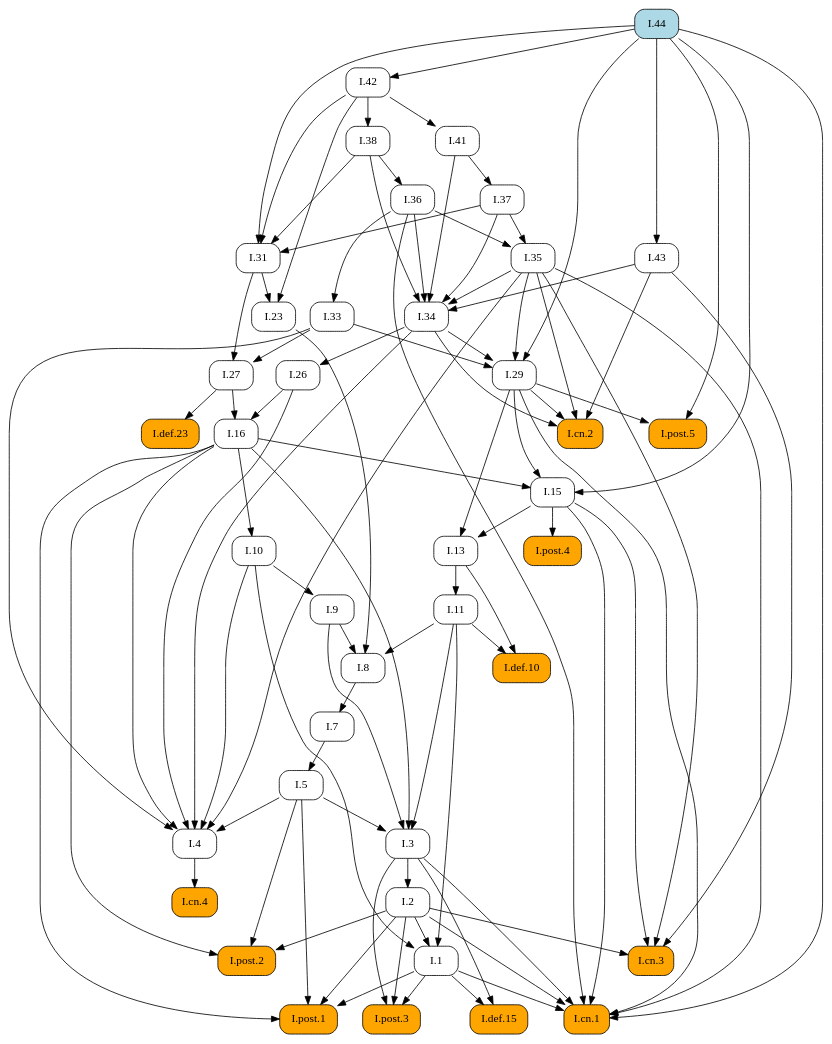
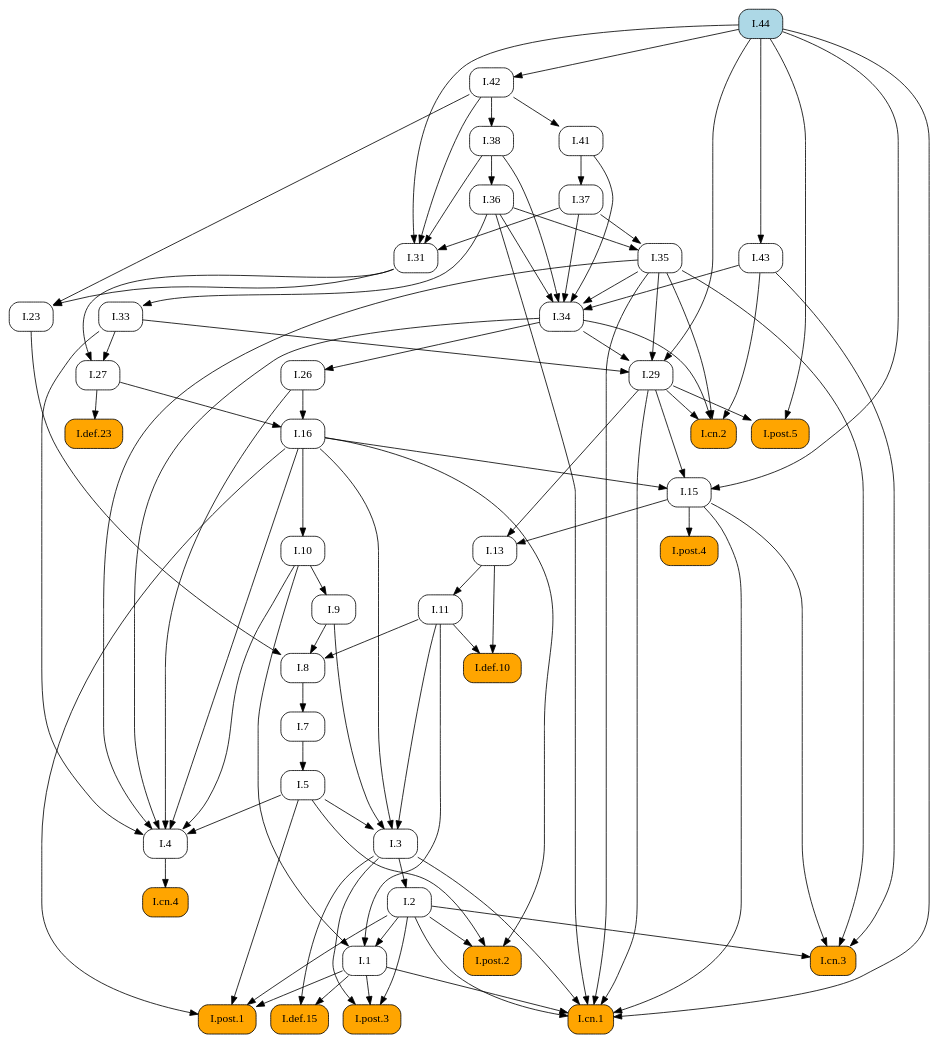
Before and after one commit to geometor/elements: the diagram in docsrc/heath/I/44/index.rst, drawn with Graphviz. The commit also changed other lines of this file and 484 other files, not shown here.

```diff
--- a/docsrc/heath/I/44/index.rst
+++ b/docsrc/heath/I/44/index.rst
@@ -59,93 +59,69 @@
    digraph {
      rankdir="TB";
      node [shape=box, style=rounded];
-     "I.def.10" [style="rounded,filled", fillcolor=orange, URL="/heath/I/def.10/", target="_top"];
-     "I.11" [URL="/heath/I/11/", target="_top"];
-     "I.post.4" [style="rounded,filled", fillcolor=orange, URL="/heath/I/post.4/", target="_top"];
-     "I.1" [URL="/heath/I/1/", target="_top"];
-     "I.26" [URL="/heath/I/26/", target="_top"];
-     "I.29" [URL="/heath/I/29/", target="_top"];
-     "I.cn.2" [style="rounded,filled", fillcolor=orange, URL="/heath/I/cn.2/", target="_top"];
+     "I.23" [URL="/heath/I/23/", target="_top"];
+     "I.9" [URL="/heath/I/9/", target="_top"];
+     "I.33" [URL="/heath/I/33/", target="_top"];
      "I.def.15" [style="rounded,filled", fillcolor=orange, URL="/heath/I/def.15/", target="_top"];
      "I.post.3" [style="rounded,filled", fillcolor=orange, URL="/heath/I/post.3/", target="_top"];
-     "I.cn.1" [style="rounded,filled", fillcolor=orange, URL="/heath/I/cn.1/", target="_top"];
-     "I.cn.3" [style="rounded,filled", fillcolor=orange, URL="/heath/I/cn.3/", target="_top"];
-     "I.23" [URL="/heath/I/23/", target="_top"];
+     "I.post.1" [style="rounded,filled", fillcolor=orange, URL="/heath/I/post.1/", target="_top"];
      "I.43" [URL="/heath/I/43/", target="_top"];
-     "I.post.1" [style="rounded,filled", fillcolor=orange, URL="/heath/I/post.1/", target="_top"];
-     "I.35" [URL="/heath/I/35/", target="_top"];
-     "I.41" [URL="/heath/I/41/", target="_top"];
+     "I.42" [URL="/heath/I/42/", target="_top"];
+     "I.31" [URL="/heath/I/31/", target="_top"];
+     "I.def.10" [style="rounded,filled", fillcolor=orange, URL="/heath/I/def.10/", target="_top"];
      "I.27" [URL="/heath/I/27/", target="_top"];
-     "I.36" [URL="/heath/I/36/", target="_top"];
-     "I.37" [URL="/heath/I/37/", target="_top"];
      "I.34" [URL="/heath/I/34/", target="_top"];
      "I.3" [URL="/heath/I/3/", target="_top"];
+     "I.35" [URL="/heath/I/35/", target="_top"];
+     "I.cn.1" [style="rounded,filled", fillcolor=orange, URL="/heath/I/cn.1/", target="_top"];
      "I.7" [URL="/heath/I/7/", target="_top"];
      "I.2" [URL="/heath/I/2/", target="_top"];
+     "I.36" [URL="/heath/I/36/", target="_top"];
+     "I.13" [URL="/heath/I/13/", target="_top"];
+     "I.post.4" [style="rounded,filled", fillcolor=orange, URL="/heath/I/post.4/", target="_top"];
+     "I.4" [URL="/heath/I/4/", target="_top"];
+     "I.1" [URL="/heath/I/1/", target="_top"];
+     "I.5" [URL="/heath/I/5/", target="_top"];
+     "I.8" [URL="/heath/I/8/", target="_top"];
+     "I.37" [URL="/heath/I/37/", target="_top"];
+     "I.cn.3" [style="rounded,filled", fillcolor=orange, URL="/heath/I/cn.3/", target="_top"];
+     "I.29" [URL="/heath/I/29/", target="_top"];
+     "I.16" [URL="/heath/I/16/", target="_top"];
+     "I.38" [URL="/heath/I/38/", target="_top"];
+     "I.15" [URL="/heath/I/15/", target="_top"];
+     "I.10" [URL="/heath/I/10/", target="_top"];
+     "I.11" [URL="/heath/I/11/", target="_top"];
      "I.def.23" [style="rounded,filled", fillcolor=orange, URL="/heath/I/def.23/", target="_top"];
-     "I.4" [URL="/heath/I/4/", target="_top"];
-     "I.13" [URL="/heath/I/13/", target="_top"];
-     "I.33" [URL="/heath/I/33/", target="_top"];
-     "I.31" [URL="/heath/I/31/", target="_top"];
+     "I.cn.2" [style="rounded,filled", fillcolor=orange, URL="/heath/I/cn.2/", target="_top"];
+     "I.post.5" [style="rounded,filled", fillcolor=orange, URL="/heath/I/post.5/", target="_top"];
+     "I.cn.4" [style="rounded,filled", fillcolor=orange, URL="/heath/I/cn.4/", target="_top"];
+     "I.44" [style="rounded,filled", fillcolor=lightblue, URL="/heath/I/44/", target="_top"];
+     "I.41" [URL="/heath/I/41/", target="_top"];
      "I.post.2" [style="rounded,filled", fillcolor=orange, URL="/heath/I/post.2/", target="_top"];
-     "I.16" [URL="/heath/I/16/", target="_top"];
-     "I.42" [URL="/heath/I/42/", target="_top"];
-     "I.9" [URL="/heath/I/9/", target="_top"];
-     "I.8" [URL="/heath/I/8/", target="_top"];
-     "I.cn.4" [style="rounded,filled", fillcolor=orange, URL="/heath/I/cn.4/", target="_top"];
-     "I.15" [URL="/heath/I/15/", target="_top"];
-     "I.post.5" [style="rounded,filled", fillcolor=orange, URL="/heath/I/post.5/", target="_top"];
-     "I.44" [style="rounded,filled", fillcolor=lightblue, URL="/heath/I/44/", target="_top"];
-     "I.38" [URL="/heath/I/38/", target="_top"];
-     "I.10" [URL="/heath/I/10/", target="_top"];
-     "I.5" [URL="/heath/I/5/", target="_top"];
-     "I.11" -> "I.def.10";
-     "I.13" -> "I.def.10";
-     "I.13" -> "I.11";
-     "I.15" -> "I.post.4";
-     "I.2" -> "I.1";
-     "I.10" -> "I.1";
-     "I.11" -> "I.1";
-     "I.34" -> "I.26";
-     "I.33" -> "I.29";
-     "I.34" -> "I.29";
-     "I.35" -> "I.29";
-     "I.44" -> "I.29";
-     "I.29" -> "I.cn.2";
-     "I.34" -> "I.cn.2";
-     "I.35" -> "I.cn.2";
-     "I.43" -> "I.cn.2";
+     "I.26" [URL="/heath/I/26/", target="_top"];
+     "I.31" -> "I.23";
+     "I.42" -> "I.23";
+     "I.10" -> "I.9";
+     "I.36" -> "I.33";
      "I.1" -> "I.def.15";
      "I.3" -> "I.def.15";
      "I.1" -> "I.post.3";
      "I.2" -> "I.post.3";
      "I.3" -> "I.post.3";
-     "I.1" -> "I.cn.1";
-     "I.2" -> "I.cn.1";
-     "I.3" -> "I.cn.1";
-     "I.15" -> "I.cn.1";
-     "I.29" -> "I.cn.1";
-     "I.35" -> "I.cn.1";
-     "I.36" -> "I.cn.1";
-     "I.44" -> "I.cn.1";
-     "I.2" -> "I.cn.3";
-     "I.15" -> "I.cn.3";
-     "I.35" -> "I.cn.3";
-     "I.43" -> "I.cn.3";
-     "I.31" -> "I.23";
-     "I.42" -> "I.23";
-     "I.44" -> "I.43";
      "I.1" -> "I.post.1";
      "I.2" -> "I.post.1";
      "I.5" -> "I.post.1";
      "I.16" -> "I.post.1";
-     "I.36" -> "I.35";
-     "I.37" -> "I.35";
-     "I.42" -> "I.41";
+     "I.44" -> "I.43";
+     "I.44" -> "I.42";
+     "I.37" -> "I.31";
+     "I.38" -> "I.31";
+     "I.42" -> "I.31";
+     "I.44" -> "I.31";
+     "I.11" -> "I.def.10";
+     "I.13" -> "I.def.10";
      "I.31" -> "I.27";
      "I.33" -> "I.27";
-     "I.38" -> "I.36";
-     "I.41" -> "I.37";
      "I.35" -> "I.34";
      "I.36" -> "I.34";
      "I.37" -> "I.34";
@@ -156,9 +132,22 @@
      "I.9" -> "I.3";
      "I.11" -> "I.3";
      "I.16" -> "I.3";
+     "I.36" -> "I.35";
+     "I.37" -> "I.35";
+     "I.1" -> "I.cn.1";
+     "I.2" -> "I.cn.1";
+     "I.3" -> "I.cn.1";
+     "I.15" -> "I.cn.1";
+     "I.29" -> "I.cn.1";
+     "I.35" -> "I.cn.1";
+     "I.36" -> "I.cn.1";
+     "I.44" -> "I.cn.1";
      "I.8" -> "I.7";
      "I.3" -> "I.2";
-     "I.27" -> "I.def.23";
+     "I.38" -> "I.36";
+     "I.15" -> "I.13";
+     "I.29" -> "I.13";
+     "I.15" -> "I.post.4";
      "I.5" -> "I.4";
      "I.10" -> "I.4";
      "I.16" -> "I.4";
@@ -166,30 +155,41 @@
      "I.33" -> "I.4";
      "I.34" -> "I.4";
      "I.35" -> "I.4";
-     "I.15" -> "I.13";
-     "I.29" -> "I.13";
-     "I.36" -> "I.33";
-     "I.37" -> "I.31";
-     "I.38" -> "I.31";
-     "I.42" -> "I.31";
-     "I.44" -> "I.31";
+     "I.2" -> "I.1";
+     "I.10" -> "I.1";
+     "I.11" -> "I.1";
+     "I.7" -> "I.5";
+     "I.9" -> "I.8";
+     "I.11" -> "I.8";
+     "I.23" -> "I.8";
+     "I.41" -> "I.37";
+     "I.2" -> "I.cn.3";
+     "I.15" -> "I.cn.3";
+     "I.35" -> "I.cn.3";
+     "I.43" -> "I.cn.3";
+     "I.33" -> "I.29";
+     "I.34" -> "I.29";
+     "I.35" -> "I.29";
+     "I.44" -> "I.29";
+     "I.26" -> "I.16";
+     "I.27" -> "I.16";
+     "I.42" -> "I.38";
+     "I.16" -> "I.15";
+     "I.29" -> "I.15";
+     "I.44" -> "I.15";
+     "I.16" -> "I.10";
+     "I.13" -> "I.11";
+     "I.27" -> "I.def.23";
+     "I.29" -> "I.cn.2";
+     "I.34" -> "I.cn.2";
+     "I.35" -> "I.cn.2";
+     "I.43" -> "I.cn.2";
+     "I.29" -> "I.post.5";
+     "I.44" -> "I.post.5";
+     "I.4" -> "I.cn.4";
+     "I.42" -> "I.41";
      "I.2" -> "I.post.2";
      "I.5" -> "I.post.2";
      "I.16" -> "I.post.2";
-     "I.26" -> "I.16";
-     "I.27" -> "I.16";
-     "I.44" -> "I.42";
-     "I.10" -> "I.9";
-     "I.9" -> "I.8";
-     "I.11" -> "I.8";
-     "I.23" -> "I.8";
-     "I.4" -> "I.cn.4";
-     "I.16" -> "I.15";
-     "I.29" -> "I.15";
-     "I.44" -> "I.15";
-     "I.29" -> "I.post.5";
-     "I.44" -> "I.post.5";
-     "I.42" -> "I.38";
-     "I.16" -> "I.10";
-     "I.7" -> "I.5";
+     "I.34" -> "I.26";
    }
```
